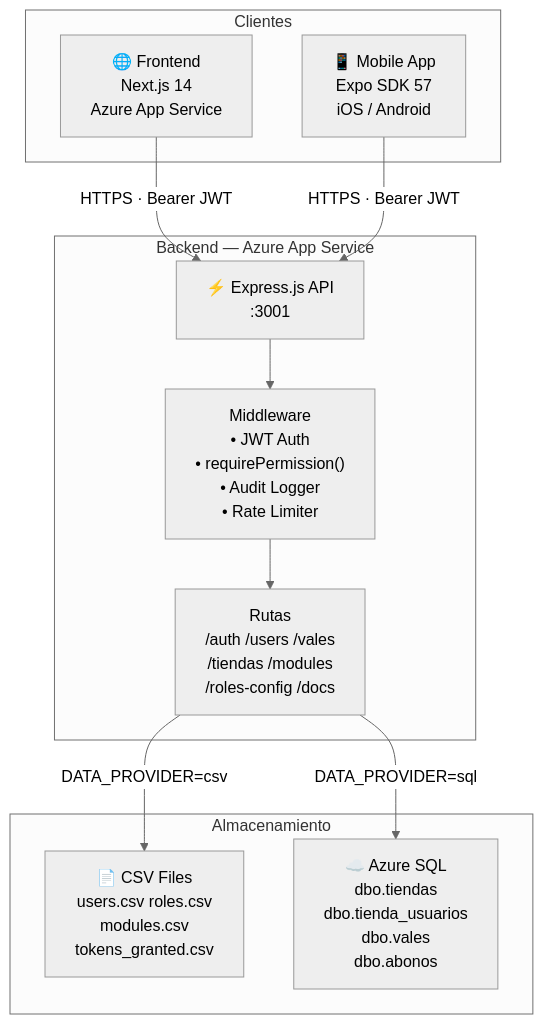
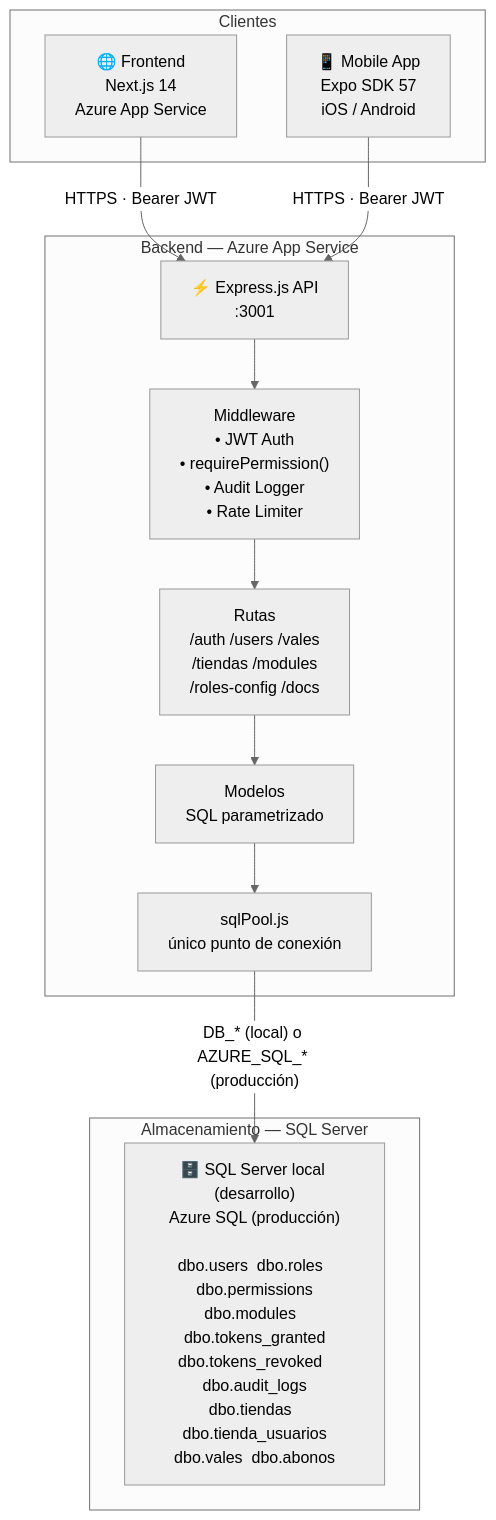
One commit to marco30jaramillo/prueba_cloud_code changed the first of 3 diagrams in docs/diagrams/architecture.md. Above: the diagram before and after it, drawn with Mermaid (neutral theme). The commit also changed other lines of this file and 101 other files, not shown here.

First line of the commit message:
refactor(backend): base de datos SQL Server local y eliminación del modo CSV

````diff
--- a/docs/diagrams/architecture.md
+++ b/docs/diagrams/architecture.md
@@ -5,25 +5,28 @@
 ```mermaid
 graph TB
     subgraph Clientes["Clientes"]
         WEB["🌐 Frontend\nNext.js 14\nAzure App Service"]
         MOB["📱 Mobile App\nExpo SDK 57\niOS / Android"]
     end
 
     subgraph Backend["Backend — Azure App Service"]
         API["⚡ Express.js API\n:3001"]
         MW["Middleware\n• JWT Auth\n• requirePermission()\n• Audit Logger\n• Rate Limiter"]
         ROUTES["Rutas\n/auth  /users  /vales\n/tiendas  /modules\n/roles-config  /docs"]
+
+        MODELS["Modelos\nSQL parametrizado"]
+        POOL["sqlPool.js\núnico punto de conexión"]
     end
 
-    subgraph Storage["Almacenamiento"]
-        CSV["📄 CSV Files\nusers.csv  roles.csv\nmodules.csv\ntokens_granted.csv"]
-        SQL["☁️ Azure SQL\ndbo.tiendas\ndbo.tienda_usuarios\ndbo.vales\ndbo.abonos"]
+    subgraph Storage["Almacenamiento — SQL Server"]
+        SQL["🗄️ SQL Server local (desarrollo)\nAzure SQL (producción)\n\ndbo.users  dbo.roles  dbo.permissions\ndbo.modules  dbo.tokens_granted\ndbo.tokens_revoked  dbo.audit_logs\ndbo.tiendas  dbo.tienda_usuarios\ndbo.vales  dbo.abonos"]
     end
 
     WEB  -->|"HTTPS · Bearer JWT"| API
     MOB  -->|"HTTPS · Bearer JWT"| API
     API  --> MW
     MW   --> ROUTES
-    ROUTES -->|"DATA_PROVIDER=csv"| CSV
-    ROUTES -->|"DATA_PROVIDER=sql"| SQL
+    ROUTES --> MODELS
+    MODELS --> POOL
+    POOL -->|"DB_* (local) o AZURE_SQL_* (producción)"| SQL
 ```
````
